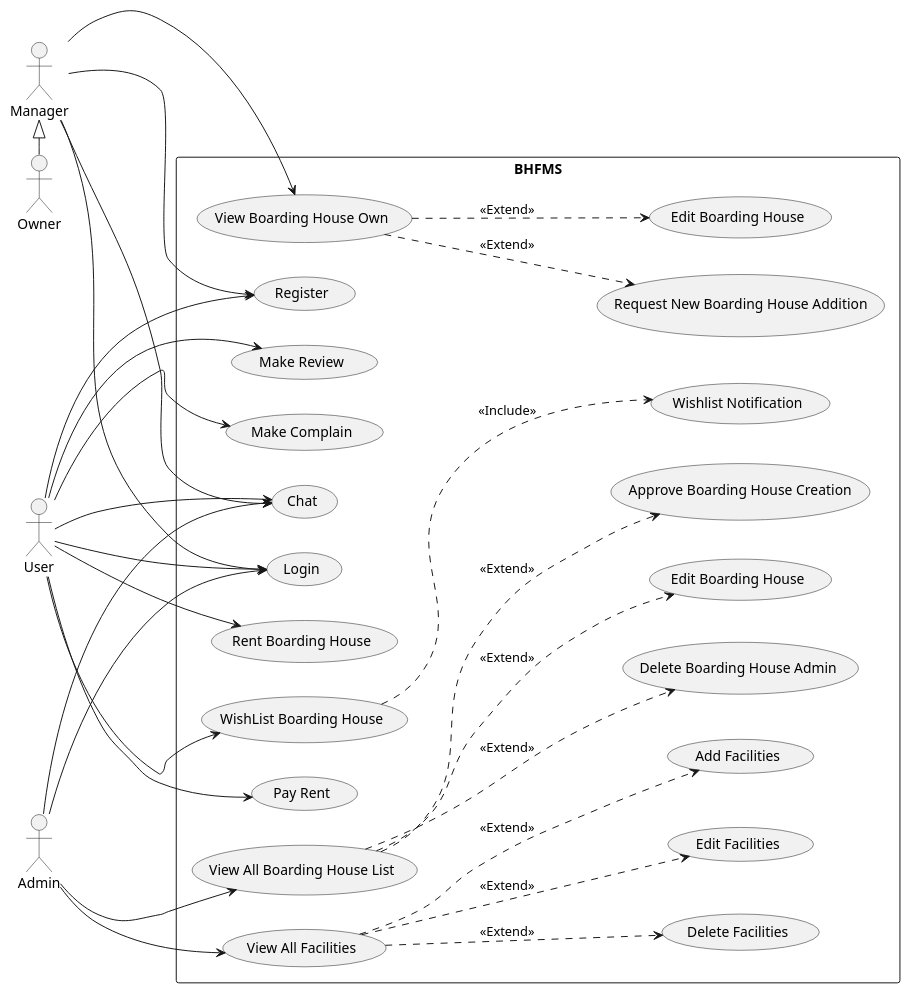
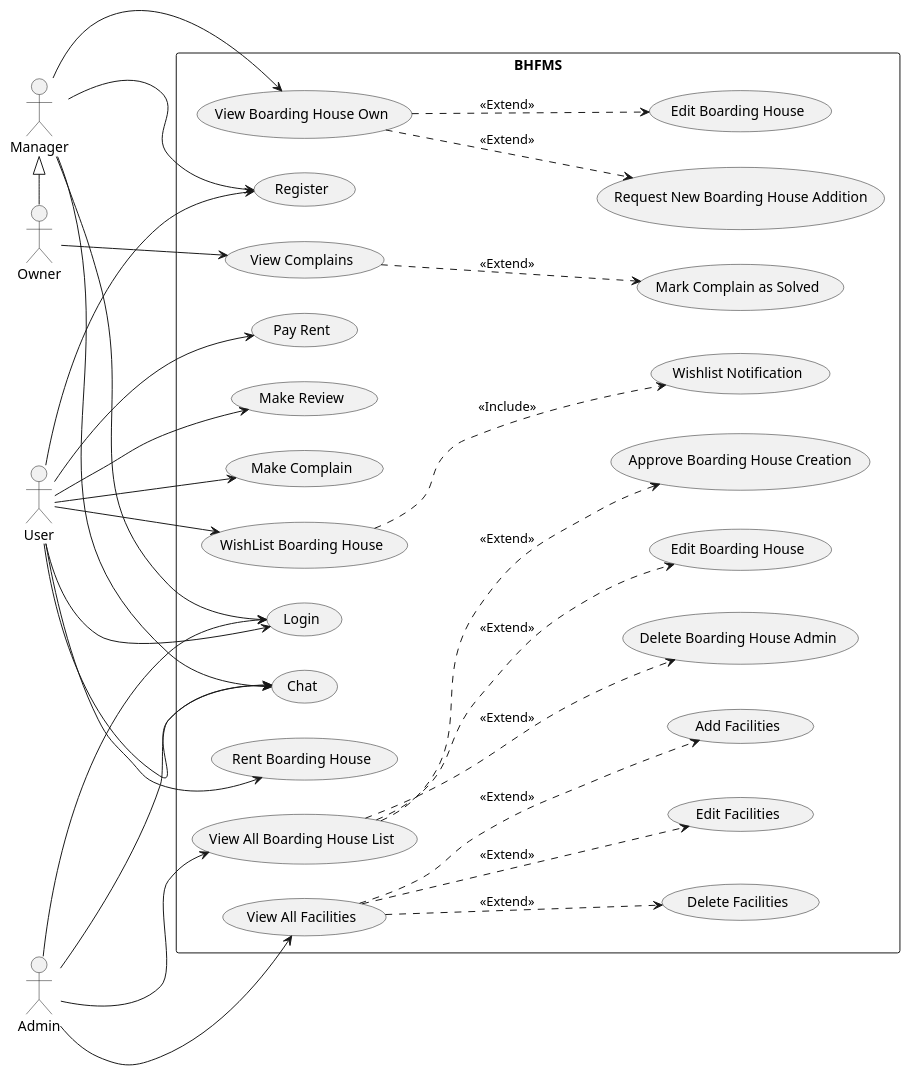
One commit to AntWort21/BHFMS changed the diagram in Design/BHFMS_USE_Case.puml. Above: the diagram before and after it, drawn with PlantUML. The commit also changed 2 other files, not shown here.

Commit message:
Add New Activity Diagram + Update Use Case

```diff
--- a/Design/BHFMS_USE_Case.puml
+++ b/Design/BHFMS_USE_Case.puml
@@ -1,89 +1,94 @@
 @startuml
 left to right direction
 
 rectangle BHFMS {
     ' General'
     usecase (Chat) as cht
     usecase (Login) as lgn
     usecase (Register) as rgs
     usecase (View Boarding House Own) as view_bh
     
     ' Boarding House Owner'
     usecase (Request New Boarding House Addition) as req_bh
     usecase (Edit Boarding House) as edit_bh
+    usecase (View Complains) as view_cmpln
+    usecase (Mark Complain as Solved) as rply_cmpln
 
     ' User'
     usecase (Rent Boarding House) as rent_bh
     usecase (WishList Boarding House) as wish_bh
     usecase (Pay Rent) as rpymnt
     usecase (Make Complain) as cmpln
     usecase (Make Review) as rvw
     usecase (Wishlist Notification) as ntf_wl_bh
 
     ' Supervisor / Admin'
     usecase (View All Boarding House List) as show_bh_admin
     usecase (Rent Boarding House) as rent_bh
     usecase (Delete Boarding House Admin) as del_bh_admin
     usecase (Edit Boarding House) as edit_bh_admin
     usecase (Approve Boarding House Creation) as aprv_bh_admin
 
     usecase (View All Facilities) as show_fcl_admin
     usecase (Delete Facilities) as del_fcl_admin
     usecase (Edit Facilities) as edit_fcl_admin
     usecase (Add Facilities) as aprv_fcl_admin
 }
 
 actor :Owner: as own
 actor :User: as user
 actor :Admin: as adm
 actor :Manager: as mngr
 
 
 ' usecase (Delete Amenities) as del_amnt
 ' usecase (Edit Amenities) as edit_amnt
 
 ' user <|-down- Admin
 ' user <|-down-Manager
 ' Manager <-down-Owner
 
 
 ' adm <|-down- user
 ' adm <|-down- mngr
 mngr <|-right- own
 
 adm ---> lgn
 user ---> lgn
 mngr ---> lgn
 
 adm ---> cht
 user ---> cht
 mngr ---> cht
 
 user ---> rgs
 mngr ---> rgs
 
 adm ---> show_bh_admin
 adm ---> show_fcl_admin
 
 user ---> rpymnt
 user ---> rent_bh
 user ---> cmpln
 user ---> rvw
 user ---> wish_bh
 wish_bh ...> ntf_wl_bh: <<Include>>
 
+
+own ---> view_cmpln
+view_cmpln ...> rply_cmpln: <<Extend>>
 mngr ---> view_bh
 
 ' CRUD Boarding House
 view_bh ...> req_bh: <<Extend>>
 view_bh ...> edit_bh: <<Extend>>
 
 show_bh_admin ...> del_bh_admin: <<Extend>>
 show_bh_admin ...> edit_bh_admin: <<Extend>>
 show_bh_admin ...> aprv_bh_admin: <<Extend>>
 
 show_fcl_admin ...> del_fcl_admin: <<Extend>>
 show_fcl_admin ...> edit_fcl_admin: <<Extend>>
 show_fcl_admin ...> aprv_fcl_admin: <<Extend>>
 
 @enduml
```
